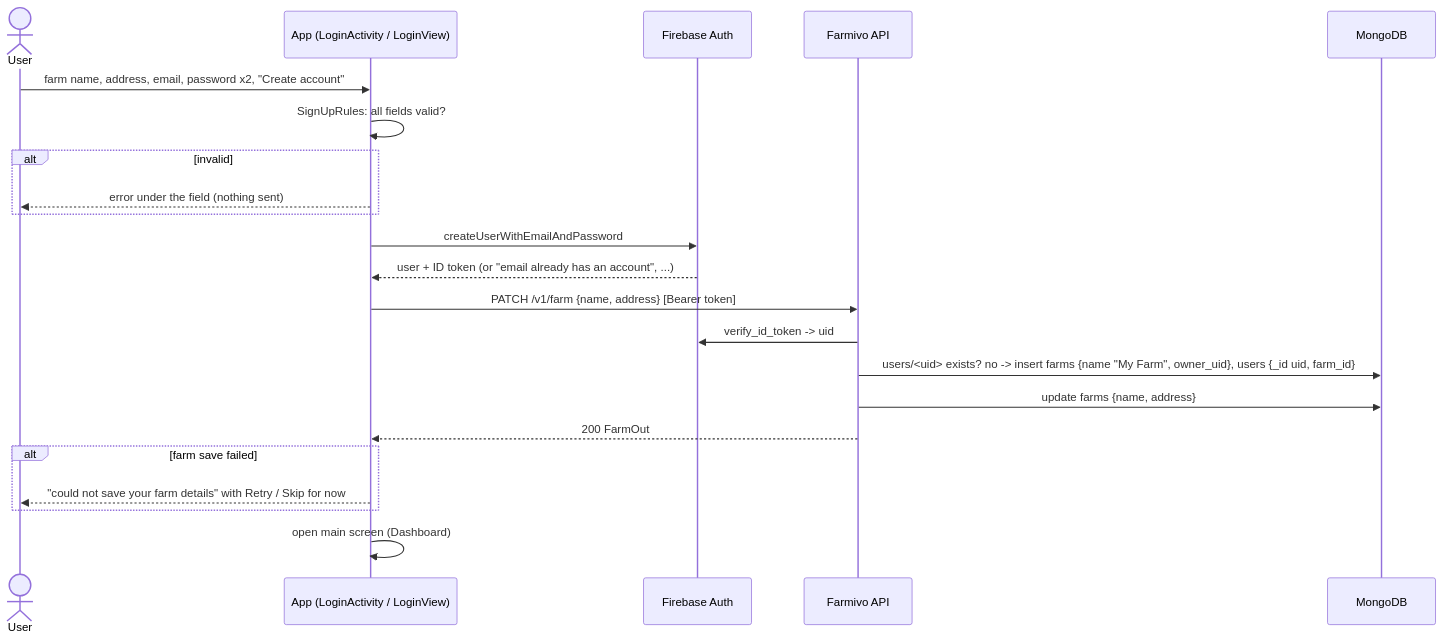
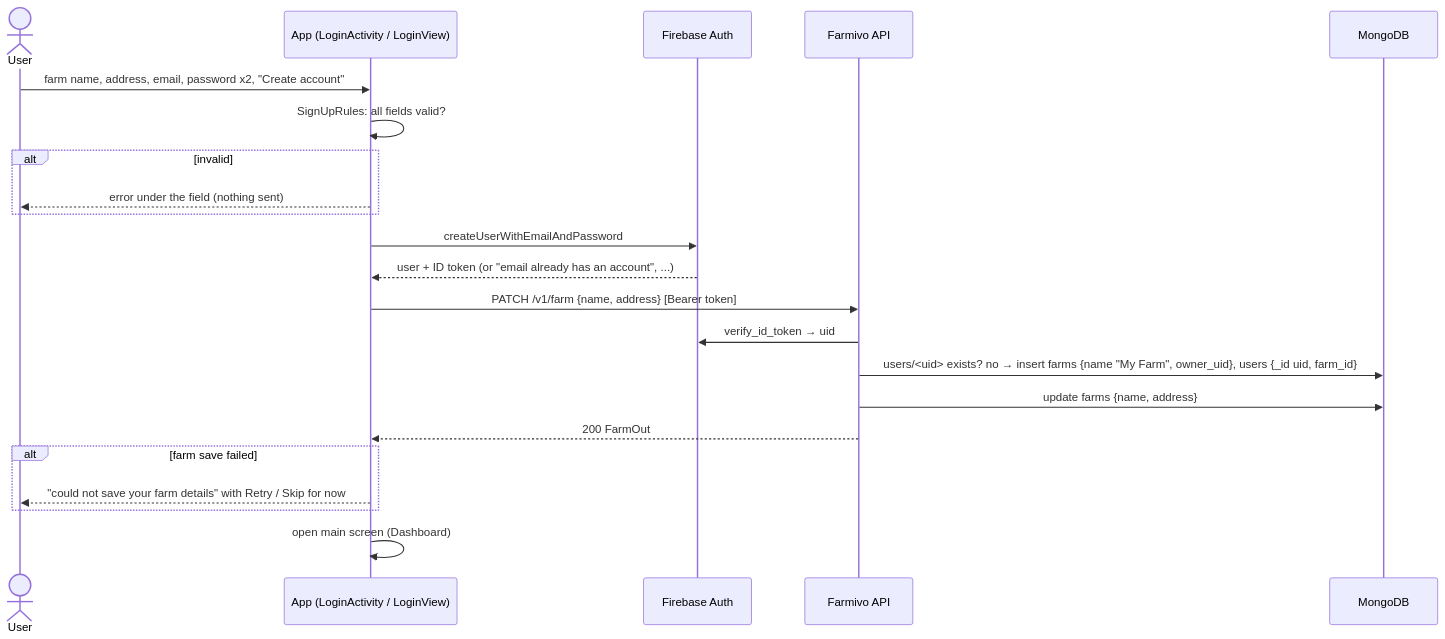
The third of 9 diagrams in docs/SYSTEM_GUIDE.md (haythoum/farmivo_backend), drawn with Mermaid before and after one commit. The commit also changed other lines of this file and 1 other file, not shown here.

First line of the commit message:
Fix mermaid diagrams that GitHub could not render (unquoted parentheses, -> and ; inside messages)

````diff
--- a/docs/SYSTEM_GUIDE.md
+++ b/docs/SYSTEM_GUIDE.md
@@ -89,24 +89,24 @@
 ```mermaid
 sequenceDiagram
   actor U as User
   participant App as App (LoginActivity / LoginView)
   participant FA as Firebase Auth
   participant API as Farmivo API
   participant DB as MongoDB
   U->>App: farm name, address, email, password x2, "Create account"
   App->>App: SignUpRules: all fields valid?
   alt invalid
     App-->>U: error under the field (nothing sent)
   end
   App->>FA: createUserWithEmailAndPassword
   FA-->>App: user + ID token (or "email already has an account", ...)
   App->>API: PATCH /v1/farm {name, address}  [Bearer token]
-  API->>FA: verify_id_token -> uid
-  API->>DB: users/<uid> exists? no -> insert farms {name "My Farm", owner_uid}, users {_id uid, farm_id}
+  API->>FA: verify_id_token → uid
+  API->>DB: users/<uid> exists? no → insert farms {name "My Farm", owner_uid}, users {_id uid, farm_id}
   API->>DB: update farms {name, address}
   API-->>App: 200 FarmOut
   alt farm save failed
     App-->>U: "could not save your farm details" with Retry / Skip for now
   end
   App->>App: open main screen (Dashboard)
 ```
````
